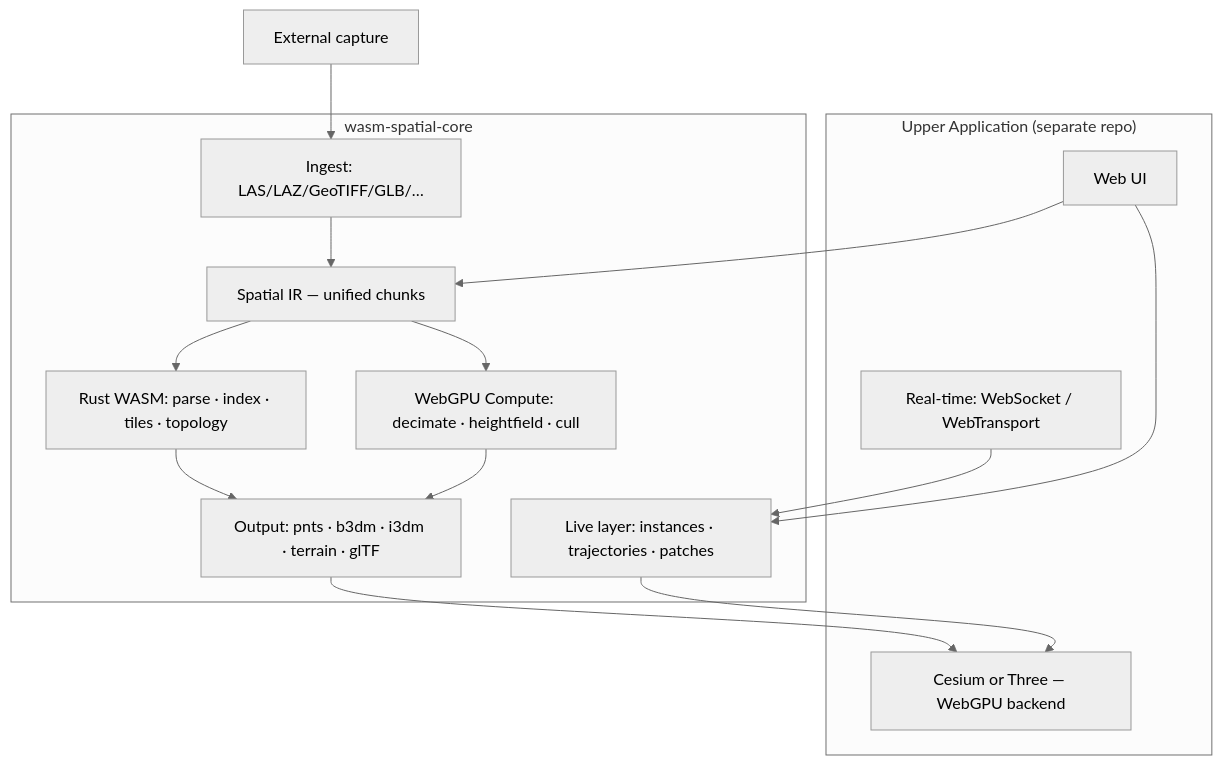
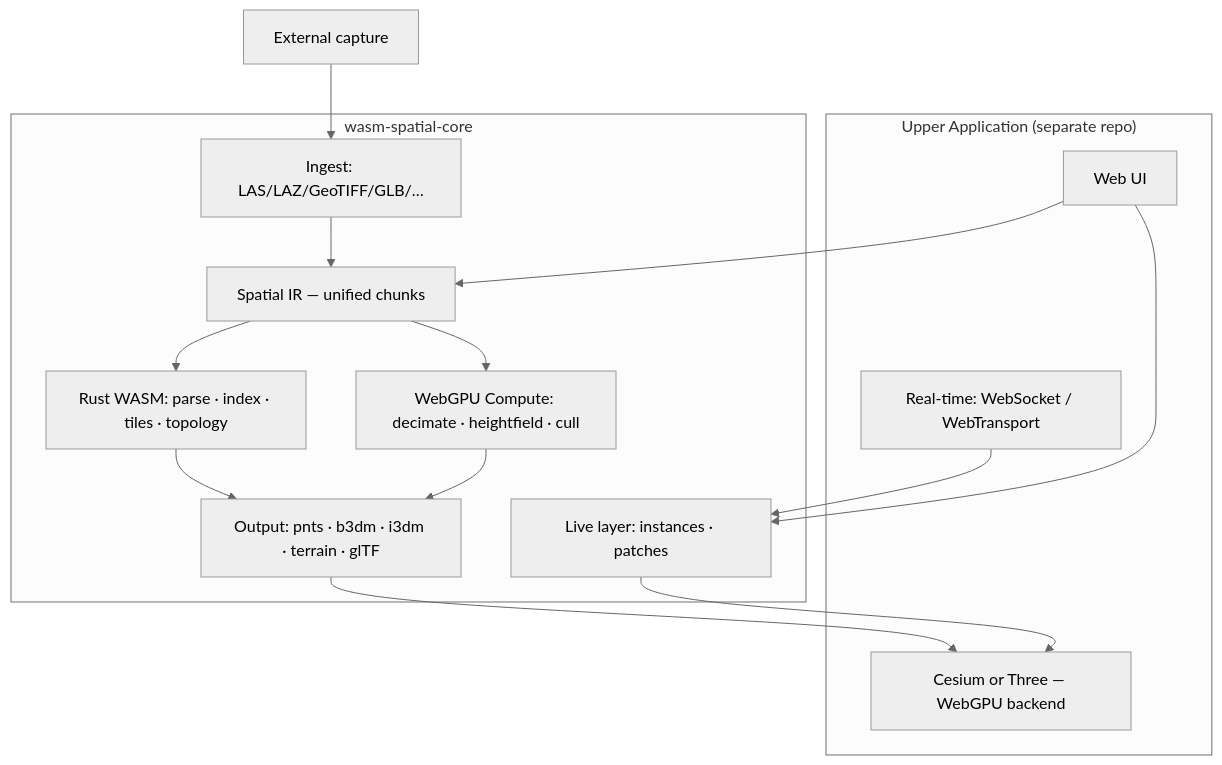
The diagram in VISION.md (reed-soul/wasm-spatial-core), drawn with Mermaid (neutral theme) before and after one commit. The commit also changed other lines of this file and 5 other files, not shown here.

````diff
--- a/VISION.md
+++ b/VISION.md
@@ -63,29 +64,29 @@
 ```mermaid
 graph TB
     subgraph App["Upper Application (separate repo)"]
         UI[Web UI]
         RT[Real-time: WebSocket / WebTransport]
         View[Cesium or Three — WebGPU backend]
     end
 
     subgraph Engine["wasm-spatial-core"]
         IR[Spatial IR — unified chunks]
         Ingest[Ingest: LAS/LAZ/GeoTIFF/GLB/…]
         CPU[Rust WASM: parse · index · tiles · topology]
         GPU[WebGPU Compute: decimate · heightfield · cull]
         Out[Output: pnts · b3dm · i3dm · terrain · glTF]
-        Live[Live layer: instances · trajectories · patches]
+        Live[Live layer: instances · patches]
     end
 
     Capture[External capture] --> Ingest
     Ingest --> IR
     IR --> CPU
     IR --> GPU
     CPU --> Out
     GPU --> Out
     Out --> View
     Live --> View
     RT --> Live
     UI --> Live
     UI --> IR
 ```
````
